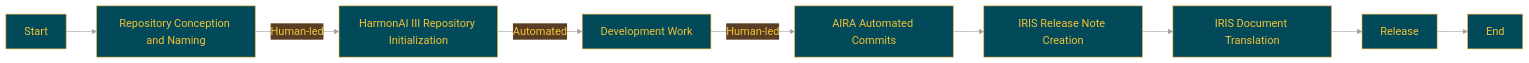
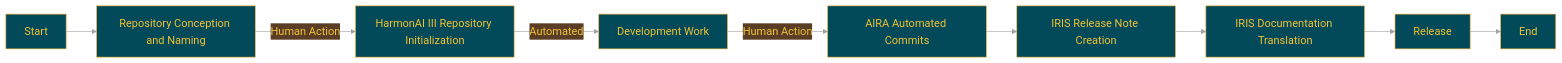
One commit to Sunwood-ai-labs/HarmonAI_III changed the diagram in docs/README.en.md. Above: the diagram before and after it, drawn with Mermaid. The commit also changed other lines of this file, not shown here.

````diff
--- a/docs/README.en.md
+++ b/docs/README.en.md
@@ -122,20 +198,20 @@
 ```mermaid
 %%{init:{'theme':'base','themeVariables':{'primaryColor':'#024959','primaryTextColor':'#F2C335','primaryBorderColor':'#F2AE30','lineColor':'#A1A2A6','secondaryColor':'#593E25','tertiaryColor':'#F2C335','noteTextColor':'#024959','noteBkgColor':'#F2C335','textColor':'#024959','fontSize':'18px'}}}%%
 
 graph LR
     A[Start] --> B[Repository Conception and Naming]
-    B -->|Human-led| C[HarmonAI III Repository Initialization]
+    B -->|Human Action| C[HarmonAI III Repository Initialization]
     C -->|Automated| D[Development Work]
-    D -->|Human-led| E[AIRA Automated Commits]
+    D -->|Human Action| E[AIRA Automated Commits]
     E --> H[IRIS Release Note Creation]
-    H --> I[IRIS Document Translation]
+    H --> I[IRIS Documentation Translation]
     I --> J[Release]
     J --> K[End]
 
     class B,D,G human;
     class E aira;
     class F,H,I iris;
     class C auto;
     class A,J,K process;
 
 ```
````
